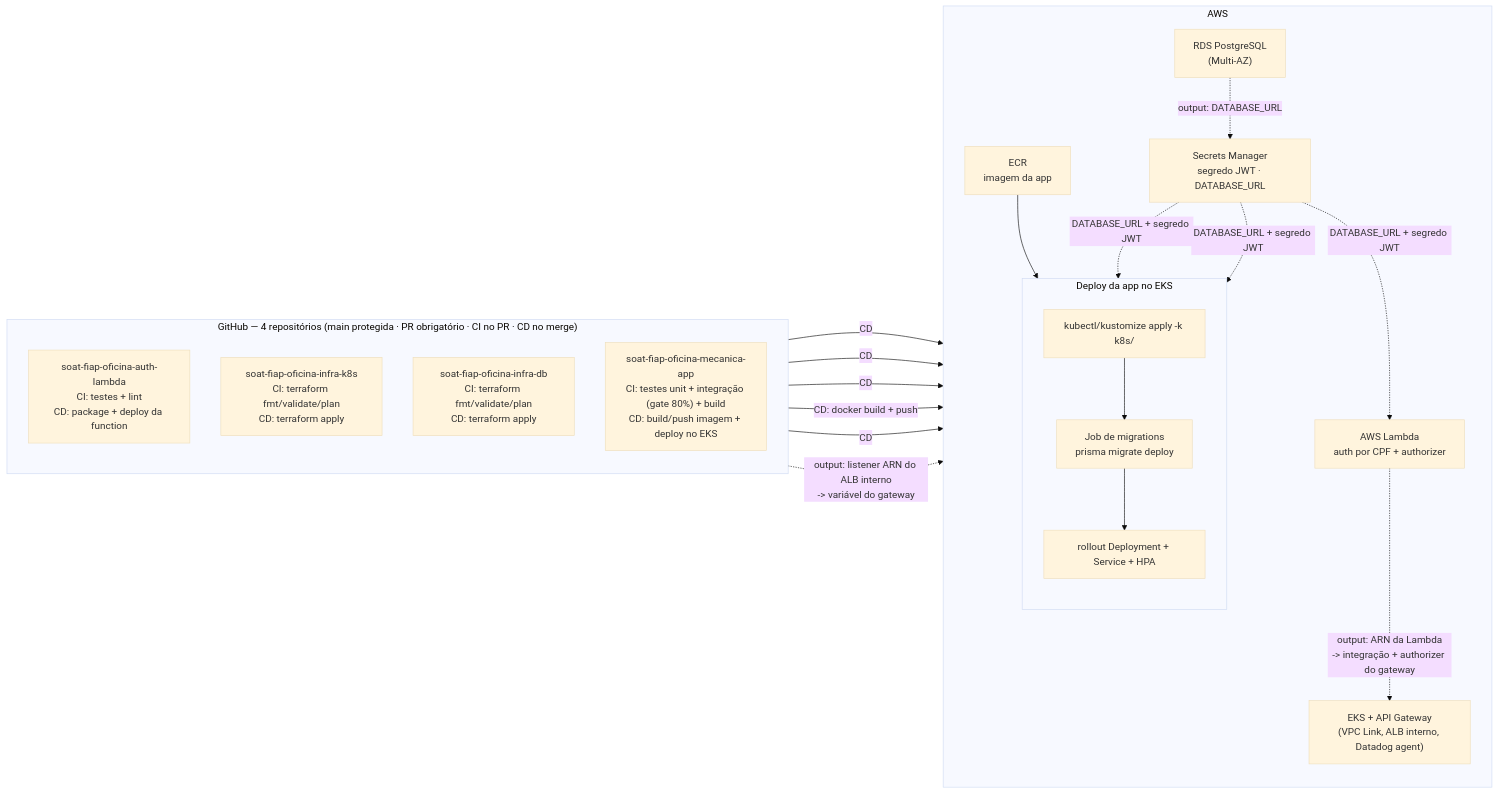
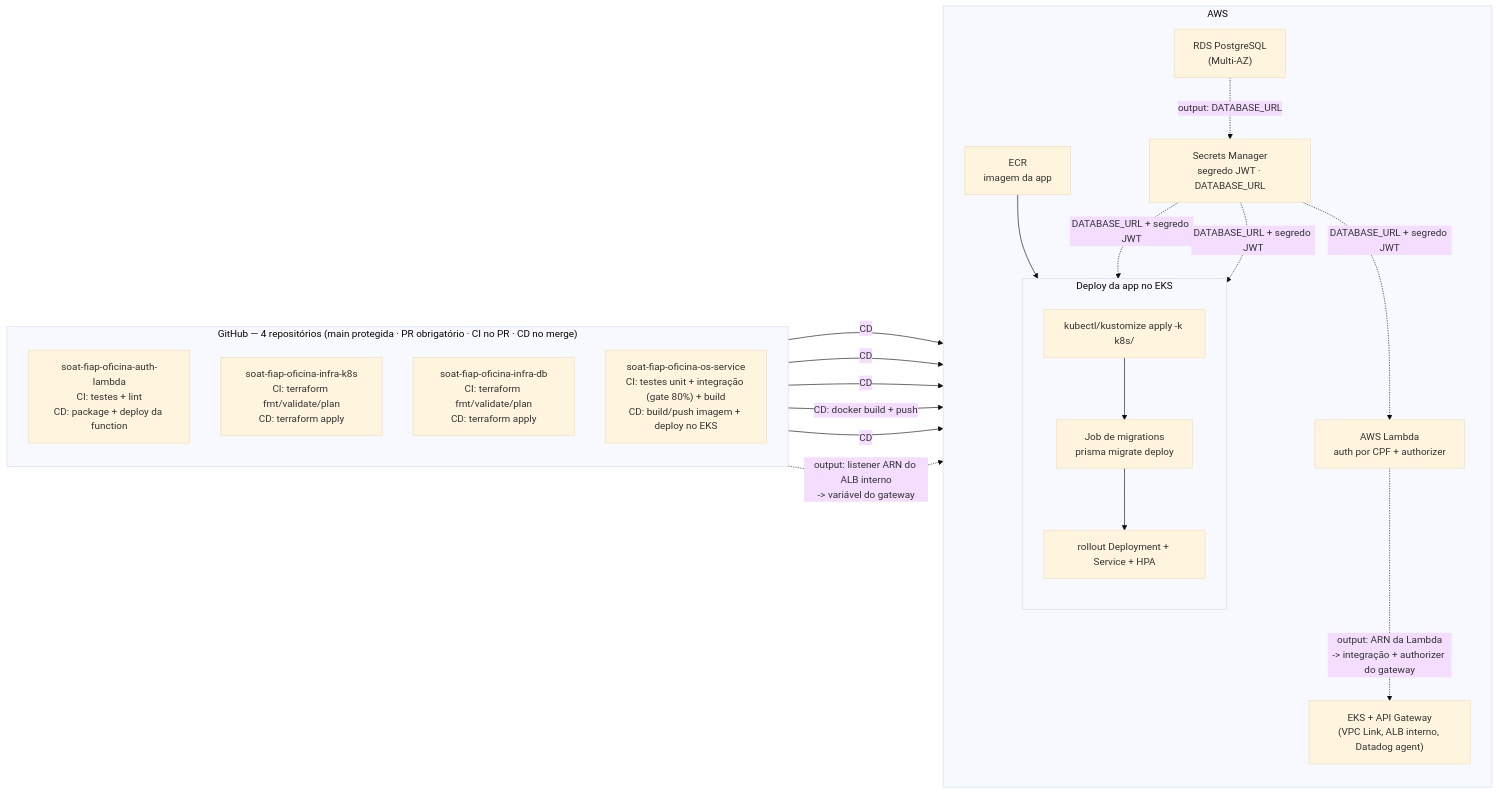
Before and after one commit to guilhermeqmaia/soat-fiap-oficina-mecanica-app: the fourth of 4 diagrams in docs/arquitetura/arquitetura-fase3.md, drawn with Mermaid (base theme). The commit also changed 27 other files, not shown here.

First line of the commit message:
feat(deploy): NodePort 30080 atras do NLB unico, SNS/SQS no deploy e rename para os-service (US-F4-06, PR 3/3)

````diff
--- a/docs/arquitetura/arquitetura-fase3.md
+++ b/docs/arquitetura/arquitetura-fase3.md
@@ -188,37 +188,37 @@
 ```mermaid
 flowchart LR
     subgraph GH["GitHub — 4 repositórios (main protegida · PR obrigatório · CI no PR · CD no merge)"]
         direction TB
         R1["soat-fiap-oficina-auth-lambda<br/>CI: testes + lint<br/>CD: package + deploy da function"]
         R2["soat-fiap-oficina-infra-k8s<br/>CI: terraform fmt/validate/plan<br/>CD: terraform apply"]
         R3["soat-fiap-oficina-infra-db<br/>CI: terraform fmt/validate/plan<br/>CD: terraform apply"]
-        R4["soat-fiap-oficina-mecanica-app<br/>CI: testes unit + integração (gate 80%) + build<br/>CD: build/push imagem + deploy no EKS"]
+        R4["soat-fiap-oficina-os-service<br/>CI: testes unit + integração (gate 80%) + build<br/>CD: build/push imagem + deploy no EKS"]
     end
 
     subgraph AWS["AWS"]
         direction TB
         L["AWS Lambda<br/>auth por CPF + authorizer"]
         K["EKS + API Gateway<br/>(VPC Link, ALB interno, Datadog agent)"]
         D["RDS PostgreSQL<br/>(Multi-AZ)"]
         E["ECR<br/>imagem da app"]
         subgraph DEPLOY["Deploy da app no EKS"]
             direction TB
             S1["kubectl/kustomize apply -k k8s/"] --> S2["Job de migrations<br/>prisma migrate deploy"] --> S3["rollout Deployment + Service + HPA"]
         end
         SM["Secrets Manager<br/>segredo JWT · DATABASE_URL"]
     end
 
     R1 -- "CD" --> L
     R2 -- "CD" --> K
     R3 -- "CD" --> D
     R4 -- "CD: docker build + push" --> E
     E --> S1
     R4 -- "CD" --> S1
 
     D -. "output: DATABASE_URL" .-> SM
     R2 -. "output: listener ARN do ALB interno<br/>-> variável do gateway" .-> K
     L -. "output: ARN da Lambda<br/>-> integração + authorizer do gateway" .-> K
     SM -. "DATABASE_URL + segredo JWT" .-> L
     SM -. "DATABASE_URL + segredo JWT" .-> S2
     SM -. "DATABASE_URL + segredo JWT" .-> S3
 ```
````
